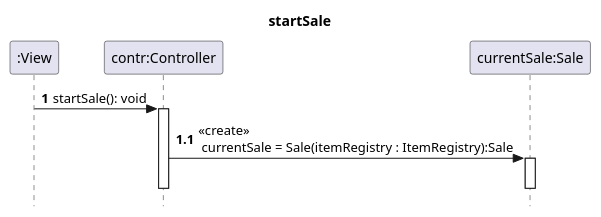
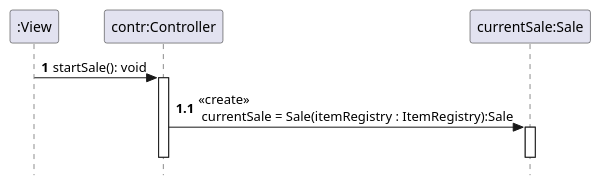
One commit to blomquiste/kth-iv1350-POS changed the fourth of 8 diagrams in uml/uml_v3.puml. Above: the diagram before and after it, drawn with PlantUML. The commit also changed other lines of this file and 7 other files, not shown here.

```diff
--- a/uml/uml_v3.puml
+++ b/uml/uml_v3.puml
@@ -328,24 +328,24 @@
 @startuml
 skinparam style strictuml
 
 'autoactivate on 'TODO activationbars!!!!!!!
 ' actor user
 hide unlinked
-title "startSale"
+'title "startSale"
 participant ":View" as View
 participant "contr:Controller" as contr
 participant "currentSale:Sale" as currentSale
 
 autonumber 1
 View -> contr : startSale(): void
 activate contr
 
 autonumber 1.1
 'contr -> currentSale :  <<create>> \n currentSale = Sale(printer: Printer):Sale
 contr -> currentSale :  <<create>> \n currentSale = Sale(itemRegistry : ItemRegistry):Sale
 activate currentSale
 deactivate currentSale
 deactivate contr
 
 autonumber stop
 @enduml
```
